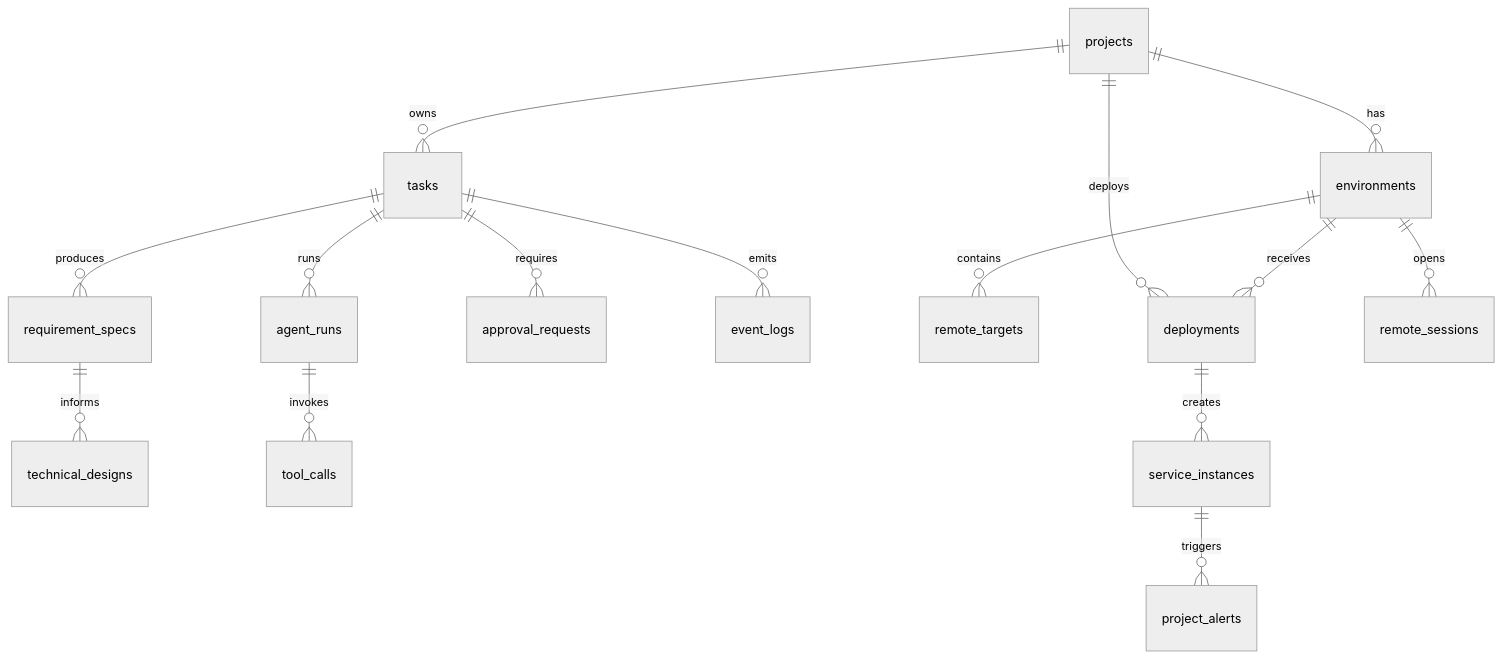
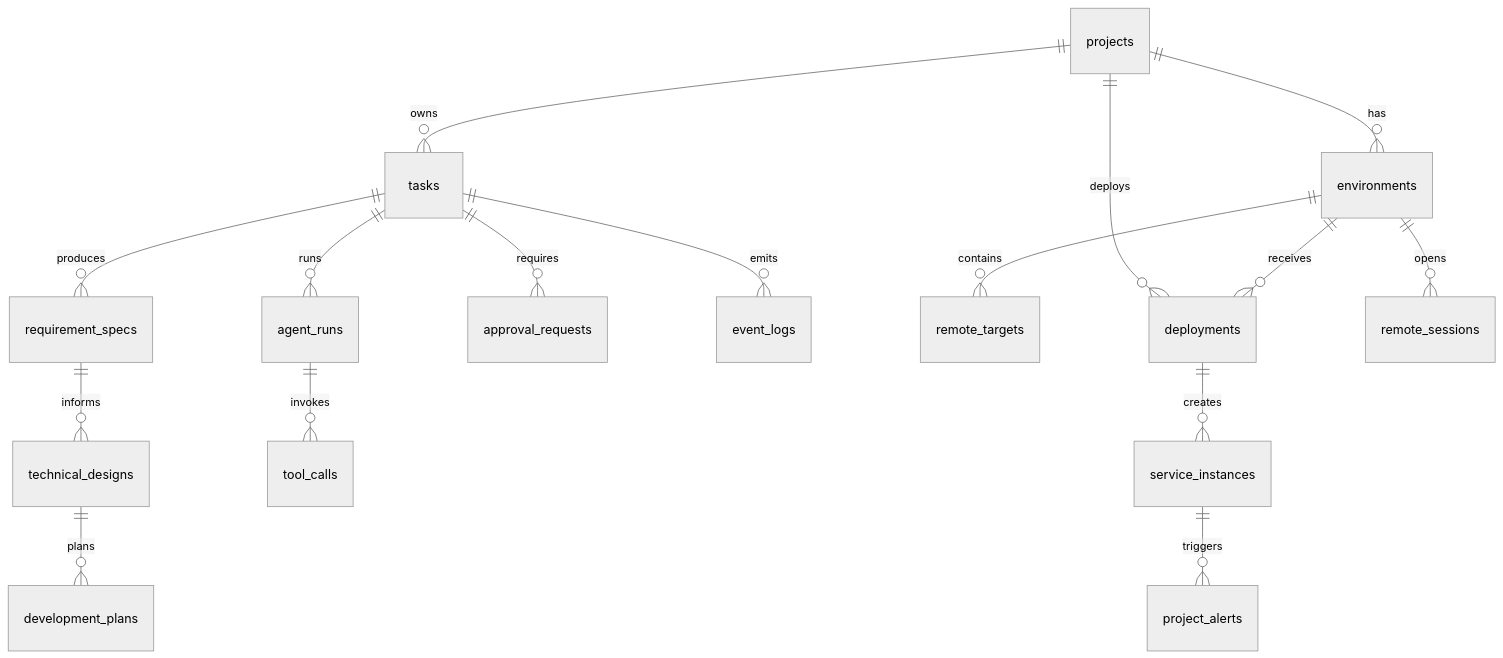
The diagram in docs/15-detailed-design/04-data-detail.md (ChaceQC/CloudHelm), drawn with Mermaid (neutral theme) before and after one commit. The commit also changed other lines of this file and 104 other files, not shown here.

````diff
--- a/docs/15-detailed-design/04-data-detail.md
+++ b/docs/15-detailed-design/04-data-detail.md
@@ -39,17 +48,18 @@
 ```mermaid
 erDiagram
     projects ||--o{ tasks : owns
     projects ||--o{ environments : has
     tasks ||--o{ requirement_specs : produces
     requirement_specs ||--o{ technical_designs : informs
+    technical_designs ||--o{ development_plans : plans
     tasks ||--o{ agent_runs : runs
     agent_runs ||--o{ tool_calls : invokes
     tasks ||--o{ approval_requests : requires
     tasks ||--o{ event_logs : emits
     environments ||--o{ remote_targets : contains
     projects ||--o{ deployments : deploys
     environments ||--o{ deployments : receives
     deployments ||--o{ service_instances : creates
     service_instances ||--o{ project_alerts : triggers
     environments ||--o{ remote_sessions : opens
 ```
````
